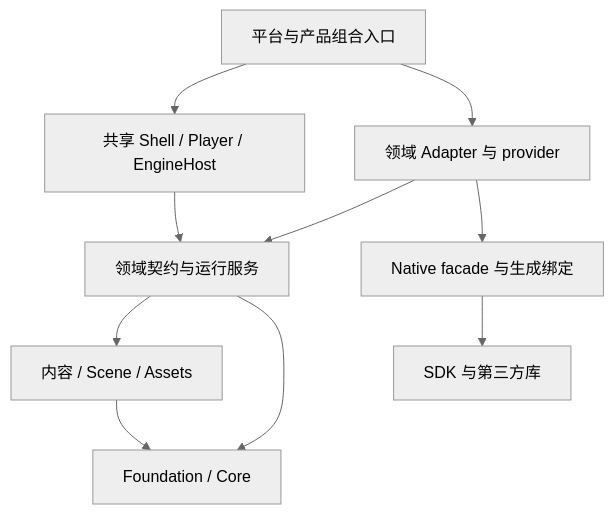
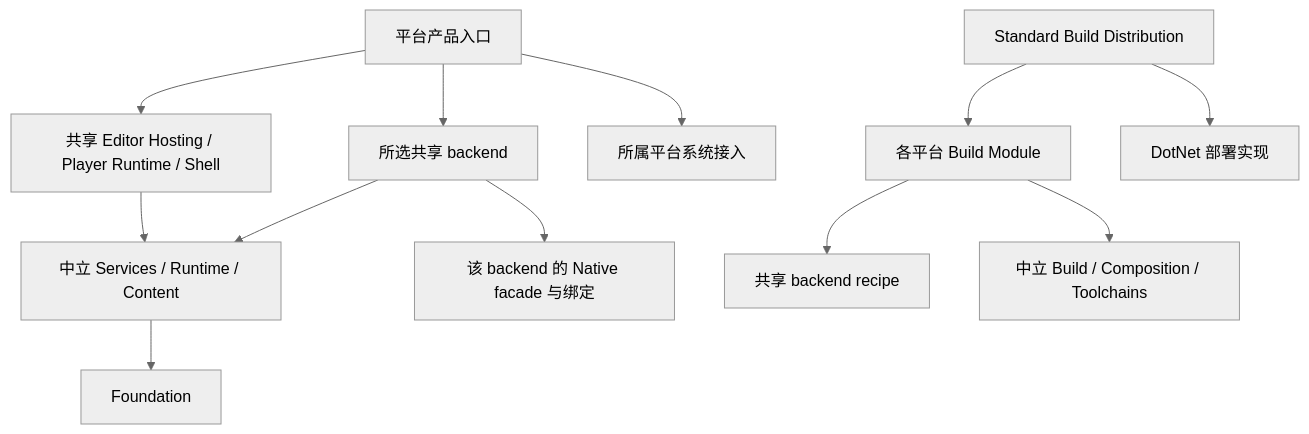
Before and after one commit to Wolfiora/InnoEngine: the diagram in docs/architecture/ENGINE_ARCHITECTURE_OVERVIEW.md, drawn with Mermaid (neutral theme). The commit also changed other lines of this file and 1056 other files, not shown here.

Commit message:
refactor(integration): separate platform modules from shared backends

````diff
--- a/docs/architecture/ENGINE_ARCHITECTURE_OVERVIEW.md
+++ b/docs/architecture/ENGINE_ARCHITECTURE_OVERVIEW.md
@@ -24,12 +22,14 @@
 ```mermaid
 flowchart TD
-    Composition[平台与产品组合入口] --> Shared[共享 Shell / Player / EngineHost]
-    Composition --> Adapters[领域 Adapter 与 provider]
-    Shared --> Services[领域契约与运行服务]
-    Adapters --> Services
-    Adapters --> Native[Native facade 与生成绑定]
-    Services --> Content[内容 / Scene / Assets]
-    Content --> Foundation[Foundation / Core]
-    Services --> Foundation
-    Native --> ThirdParty[SDK 与第三方库]
+    Product[平台产品入口] --> Host[共享 Editor Hosting / Player Runtime / Shell]
+    Product --> Backend[所选共享 backend]
+    Product --> System[所属平台系统接入]
+    Host --> Domain[中立 Services / Runtime / Content]
+    Backend --> Domain
+    Backend --> Native[该 backend 的 Native facade 与绑定]
+    Domain --> Foundation[Foundation]
+    Distribution[Standard Build Distribution] --> PlatformBuild[各平台 Build Module]
+    Distribution --> Managed[DotNet 部署实现]
+    PlatformBuild --> Recipe[共享 backend recipe]
+    PlatformBuild --> Build[中立 Build / Composition / Toolchains]
 ```
````
